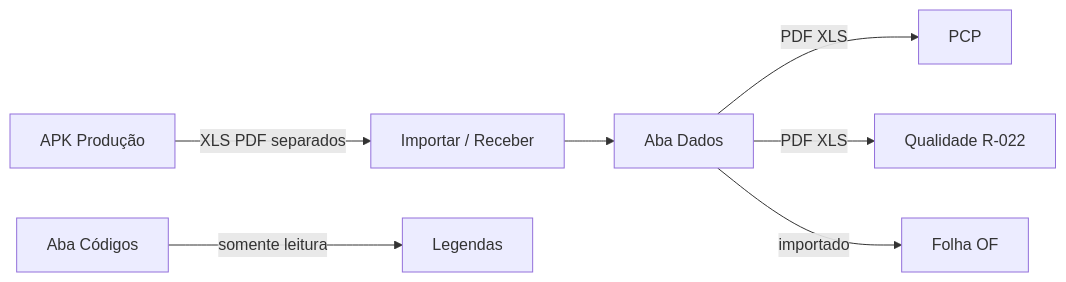
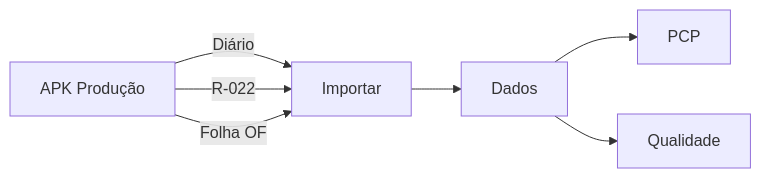
One commit to ALN2025/APK-LIDER changed the diagram in README.md. Above: the diagram before and after it, drawn with Mermaid. The commit also changed other lines of this file and 1 other file, not shown here.

````diff
--- a/README.md
+++ b/README.md
@@ -41,13 +46,12 @@
 ```mermaid
 flowchart LR
   op[APK Produção]
-  import[Importar / Receber]
-  dados[Aba Dados]
-  codigos[Aba Códigos]
-
-  op -->|XLS PDF separados| import --> dados
-  dados -->|PDF XLS| pcp[PCP]
-  dados -->|PDF XLS| r022[Qualidade R-022]
-  dados -->|importado| of[Folha OF]
-  codigos -->|somente leitura| legendas[Legendas]
+  imp[Importar]
+  dados[Dados]
+  op -->|Diário| imp
+  op -->|R-022| imp
+  op -->|Folha OF| imp
+  imp --> dados
+  dados --> pcp[PCP]
+  dados --> qual[Qualidade]
 ```
````
